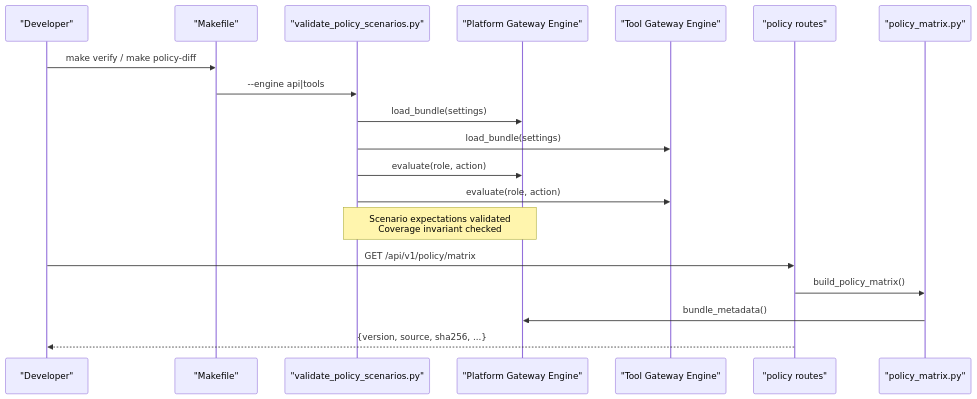
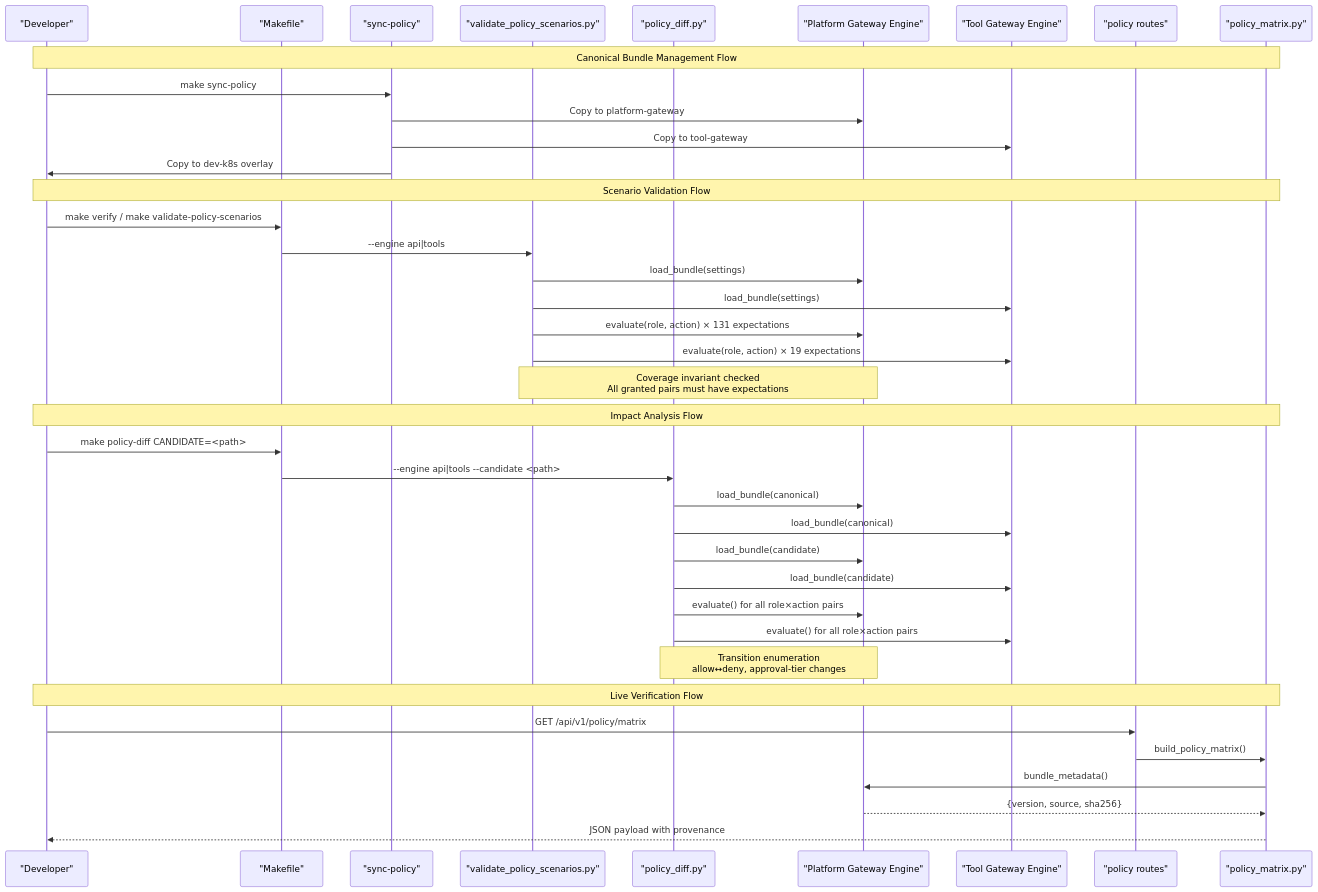
Before and after one commit to metasync/luban-aiops: the second of 9 diagrams in .qoder/repowiki/en/content/Architecture Documentation/SPEC-048_ Policy Testing and Rollout Controls.md, drawn with Mermaid. The commit also changed other lines of this file and 35 other files, not shown here.

````diff
--- a/.qoder/repowiki/en/content/Architecture Documentation/SPEC-048_ Policy Testing and Rollout Controls.md
+++ b/.qoder/repowiki/en/content/Architecture Documentation/SPEC-048_ Policy Testing and Rollout Controls.md
@@ -100,21 +156,41 @@
 ```mermaid
 sequenceDiagram
 participant Dev as "Developer"
 participant Make as "Makefile"
+participant Sync as "sync-policy"
 participant V as "validate_policy_scenarios.py"
+participant D as "policy_diff.py"
 participant PGE as "Platform Gateway Engine"
 participant TGE as "Tool Gateway Engine"
 participant API as "policy routes"
 participant Matrix as "policy_matrix.py"
-Dev->>Make : make verify / make policy-diff
+Note over Dev,Matrix : Canonical Bundle Management Flow
+Dev->>Sync : make sync-policy
+Sync->>PGE : Copy to platform-gateway
+Sync->>TGE : Copy to tool-gateway
+Sync->>Dev : Copy to dev-k8s overlay
+Note over Dev,Matrix : Scenario Validation Flow
+Dev->>Make : make verify / make validate-policy-scenarios
 Make->>V : --engine api|tools
 V->>PGE : load_bundle(settings)
 V->>TGE : load_bundle(settings)
-V->>PGE : evaluate(role, action)
-V->>TGE : evaluate(role, action)
-Note over V,PGE : Scenario expectations validated<br/>Coverage invariant checked
+V->>PGE : evaluate(role, action) × 131 expectations
+V->>TGE : evaluate(role, action) × 19 expectations
+Note over V,PGE : Coverage invariant checked<br/>All granted pairs must have expectations
+Note over Dev,Matrix : Impact Analysis Flow
+Dev->>Make : make policy-diff CANDIDATE=<path>
+Make->>D : --engine api|tools --candidate <path>
+D->>PGE : load_bundle(canonical)
+D->>TGE : load_bundle(canonical)
+D->>PGE : load_bundle(candidate)
+D->>TGE : load_bundle(candidate)
+D->>PGE : evaluate() for all role×action pairs
+D->>TGE : evaluate() for all role×action pairs
+Note over D,PGE : Transition enumeration<br/>allow↔deny, approval-tier changes
+Note over Dev,Matrix : Live Verification Flow
 Dev->>API : GET /api/v1/policy/matrix
 API->>Matrix : build_policy_matrix()
 Matrix->>PGE : bundle_metadata()
-API-->>Dev : {version, source, sha256, ...}
+PGE-->>Matrix : {version, source, sha256}
+Matrix-->>Dev : JSON payload with provenance
 ```
````
